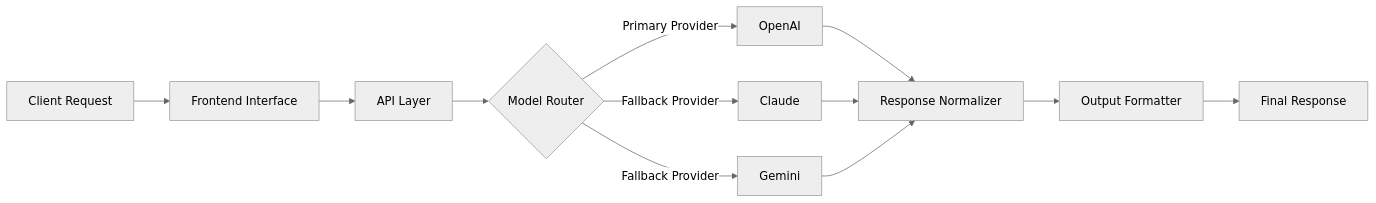
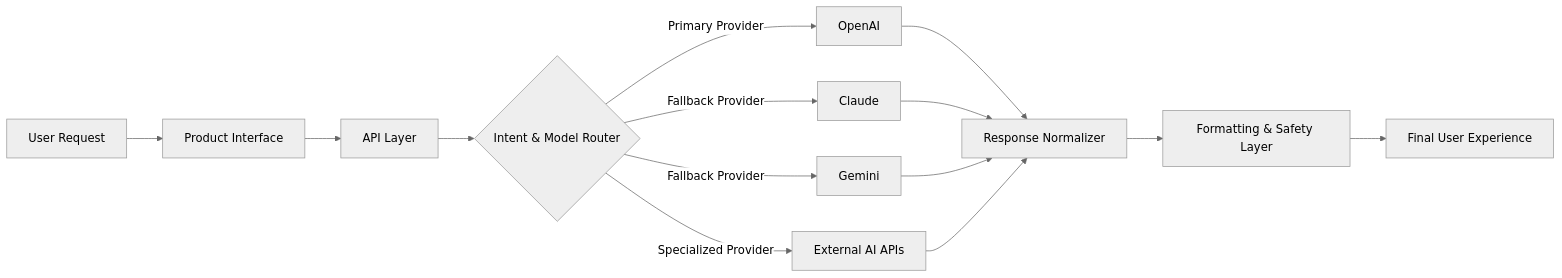
Before and after one commit to SamuelKunle/SamuelKunle: the diagram in README.md, drawn with Mermaid (neutral theme). The commit also changed other lines of this file, not shown here.

````diff
--- a/README.md
+++ b/README.md
@@ -72,17 +94,19 @@
 ```mermaid
 flowchart LR
-    A[Client Request] --> B[Frontend Interface]
+    A[User Request] --> B[Product Interface]
     B --> C[API Layer]
-    C --> D{Model Router}
+    C --> D{Intent & Model Router}
 
     D -->|Primary Provider| E[OpenAI]
     D -->|Fallback Provider| F[Claude]
     D -->|Fallback Provider| G[Gemini]
+    D -->|Specialized Provider| K[External AI APIs]
 
     E --> H[Response Normalizer]
     F --> H
     G --> H
+    K --> H
 
-    H --> I[Output Formatter]
-    I --> J[Final Response]
+    H --> I[Formatting & Safety Layer]
+    I --> J[Final User Experience]
 ```
````
